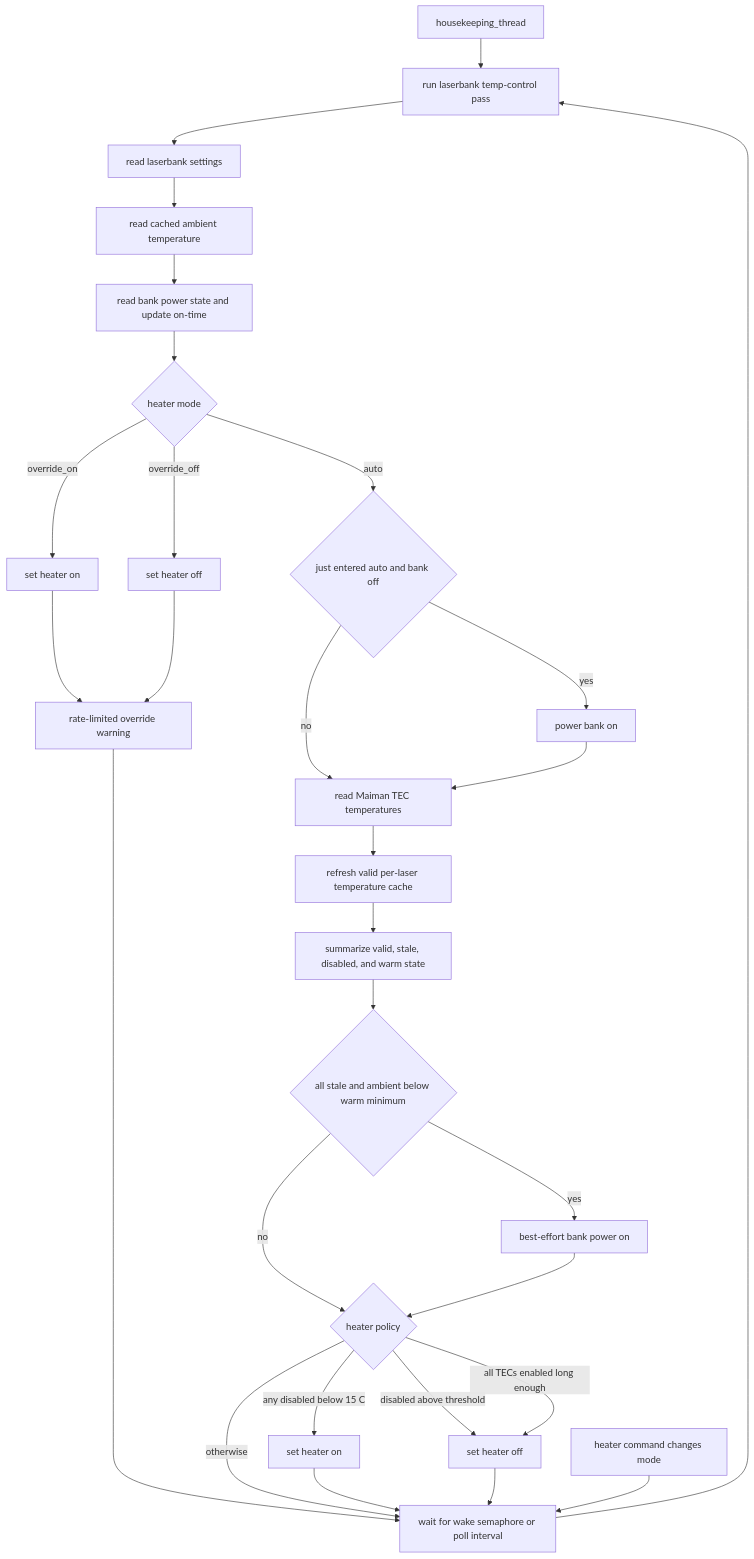
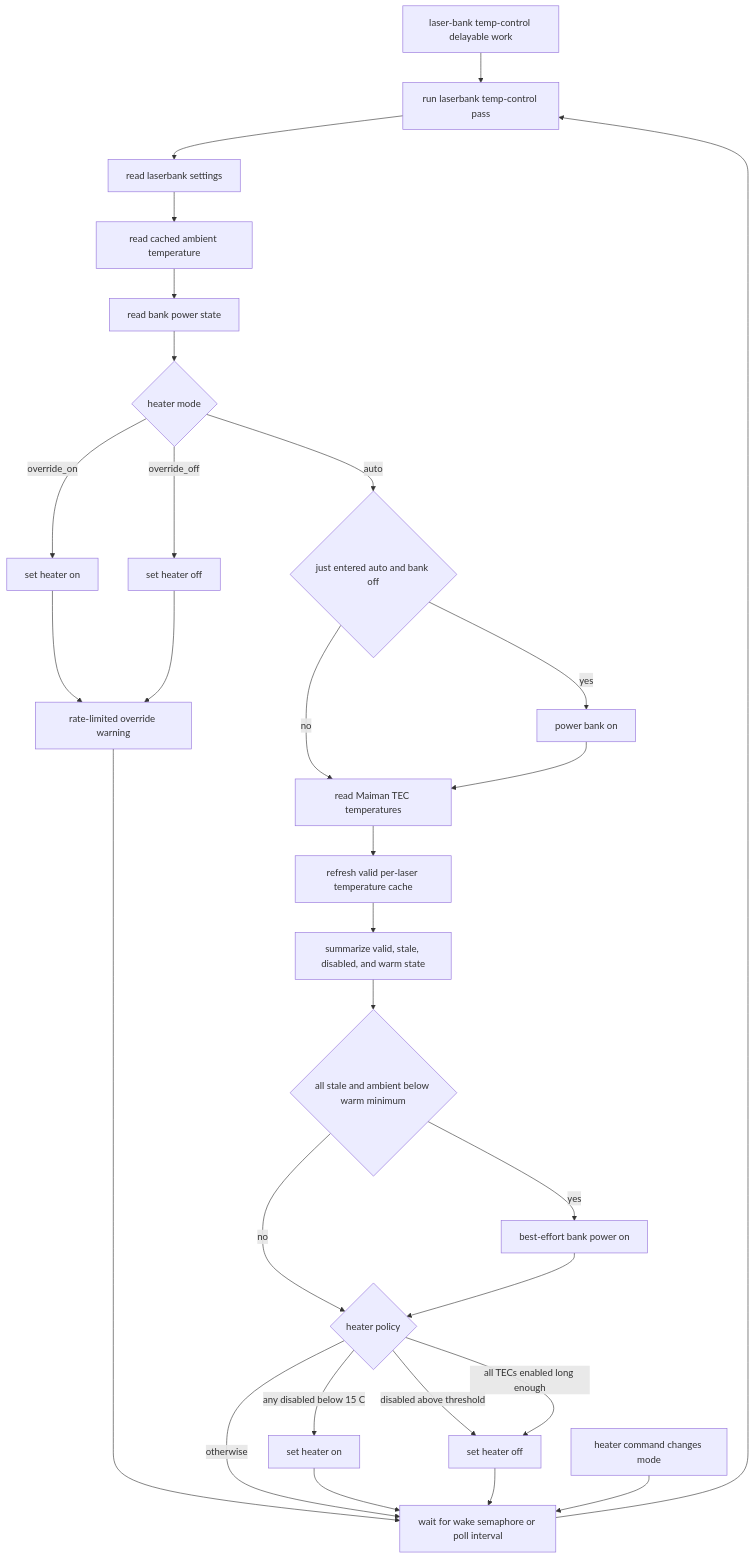
Before and after one commit to COO-Utilities/hispec-tib: diagram 20 of 22 in doc/diagrams.md, drawn with Mermaid. The commit also changed other lines of this file and 9 other files, not shown here.

Commit message:
Use delayable work for housekeeping cadence

````diff
--- a/doc/diagrams.md
+++ b/doc/diagrams.md
@@ -411,35 +411,35 @@
 ```mermaid
 flowchart TD
-  Thread[housekeeping_thread] --> Cycle[run laserbank temp-control pass]
+  Work[laser-bank temp-control delayable work] --> Cycle[run laserbank temp-control pass]
   Cycle --> Settings[read laserbank settings]
   Settings --> Ambient[read cached ambient temperature]
-  Ambient --> Power[read bank power state and update on-time]
+  Ambient --> Power[read bank power state]
   Power --> Mode{heater mode}
 
   Mode -- override_on --> ForceOn[set heater on]
   Mode -- override_off --> ForceOff[set heater off]
   ForceOn --> OverrideWarn[rate-limited override warning]
   ForceOff --> OverrideWarn
   OverrideWarn --> Wait
 
   Mode -- auto --> EnteredAuto{just entered auto and bank off}
   EnteredAuto -- yes --> PowerBank[power bank on]
   EnteredAuto -- no --> ReadTemps[read Maiman TEC temperatures]
   PowerBank --> ReadTemps
   ReadTemps --> Cache[refresh valid per-laser temperature cache]
   Cache --> Summarize[summarize valid, stale, disabled, and warm state]
   Summarize --> AllStaleCold{all stale and ambient below warm minimum}
   AllStaleCold -- yes --> KeepPower[best-effort bank power on]
   AllStaleCold -- no --> HeaterPolicy
   KeepPower --> HeaterPolicy{heater policy}
   HeaterPolicy -- any disabled below 15 C --> HeaterOn[set heater on]
   HeaterPolicy -- disabled above threshold --> HeaterOff[set heater off]
   HeaterPolicy -- all TECs enabled long enough --> HeaterOff
   HeaterPolicy -- otherwise --> Wait
   HeaterOn --> Wait
   HeaterOff --> Wait
 
   Wait[wait for wake semaphore or poll interval]
   Wake[heater command changes mode] --> Wait
   Wait --> Cycle
 ```
````
